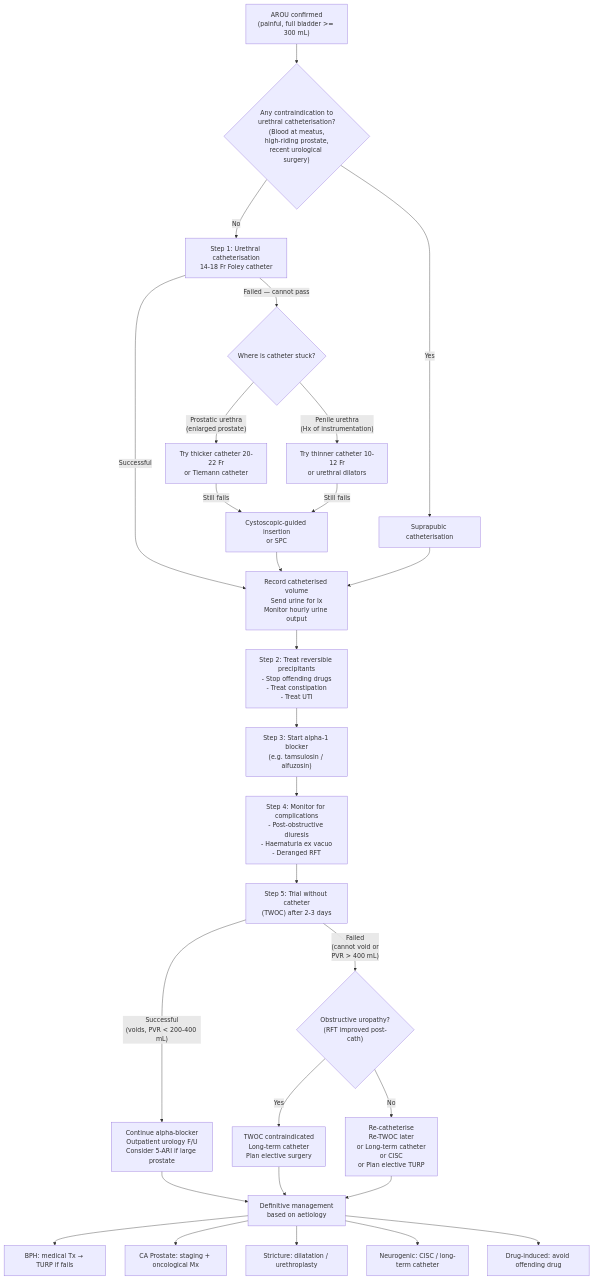
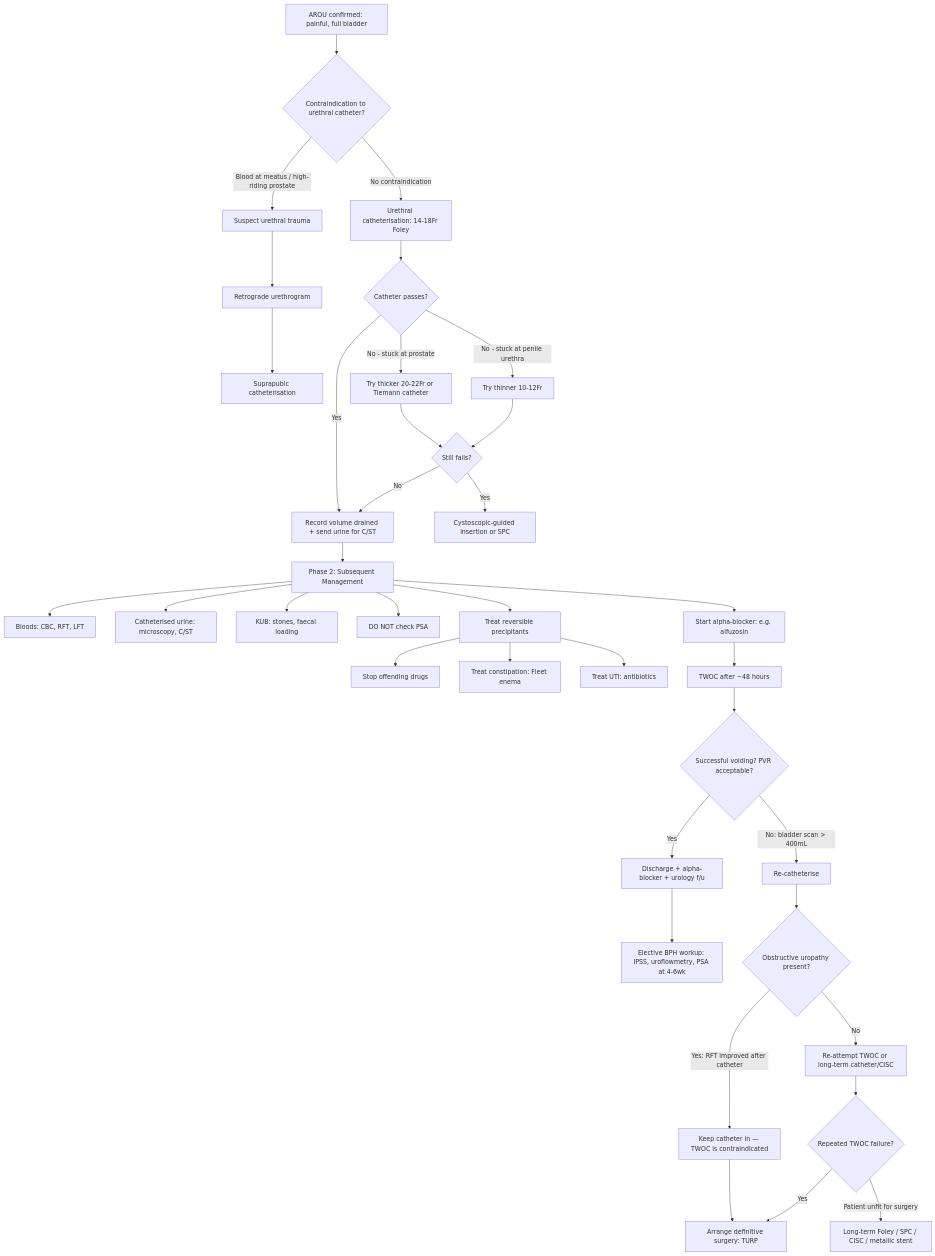
The first of 2 diagrams in content/fragments/general-surgery/acute-retention-of-urine/mx.mdx (techjason/mbbspedia), drawn with Mermaid before and after one commit. The commit also changed other lines of this file and 61 other files, not shown here.

````diff
--- a/content/fragments/general-surgery/acute-retention-of-urine/mx.mdx
+++ b/content/fragments/general-surgery/acute-retention-of-urine/mx.mdx
@@ -9,30 +318,43 @@
 ```mermaid
-flowchart TD
-    A["AROU confirmed\n(painful, full bladder >= 300 mL)"] --> B{"Any contraindication to\nurethral catheterisation?\n(Blood at meatus,\nhigh-riding prostate,\nrecent urological surgery)"}
-    B -- "No" --> C["Step 1: Urethral catheterisation\n14-18 Fr Foley catheter"]
-    B -- "Yes" --> D["Suprapubic catheterisation"]
-    C -- "Successful" --> E["Record catheterised volume\nSend urine for Ix\nMonitor hourly urine output"]
-    C -- "Failed — cannot pass" --> F{"Where is catheter stuck?"}
-    F -- "Prostatic urethra\n(enlarged prostate)" --> G["Try thicker catheter 20-22 Fr\nor Tiemann catheter"]
-    F -- "Penile urethra\n(Hx of instrumentation)" --> H["Try thinner catheter 10-12 Fr\nor urethral dilators"]
-    G -- "Still fails" --> I["Cystoscopic-guided insertion\nor SPC"]
-    H -- "Still fails" --> I
-    D --> E
-    I --> E
-    E --> J["Step 2: Treat reversible precipitants\n- Stop offending drugs\n- Treat constipation\n- Treat UTI"]
-    J --> K["Step 3: Start alpha-1 blocker\n(e.g. tamsulosin / alfuzosin)"]
-    K --> L["Step 4: Monitor for complications\n- Post-obstructive diuresis\n- Haematuria ex vacuo\n- Deranged RFT"]
-    L --> M["Step 5: Trial without catheter\n(TWOC) after 2-3 days"]
-    M -- "Successful\n(voids, PVR < 200-400 mL)" --> N["Continue alpha-blocker\nOutpatient urology F/U\nConsider 5-ARI if large prostate"]
-    M -- "Failed\n(cannot void or\nPVR > 400 mL)" --> O{"Obstructive uropathy?\n(RFT improved post-cath)"}
-    O -- "Yes" --> P["TWOC contraindicated\nLong-term catheter\nPlan elective surgery"]
-    O -- "No" --> Q["Re-catheterise\nRe-TWOC later\nor Long-term catheter\nor CISC\nor Plan elective TURP"]
-    N --> R["Definitive management\nbased on aetiology"]
-    P --> R
-    Q --> R
-    R --> R1["BPH: medical Tx → TURP if fails"]
-    R --> R2["CA Prostate: staging + oncological Mx"]
-    R --> R3["Stricture: dilatation / urethroplasty"]
-    R --> R4["Neurogenic: CISC / long-term catheter"]
-    R --> R5["Drug-induced: avoid offending drug"]
+graph TD
+    A["AROU confirmed: painful, full bladder"] --> B{"Contraindication to urethral catheter?"}
+    B -->|"Blood at meatus / high-riding prostate"| C["Suspect urethral trauma"]
+    C --> C1["Retrograde urethrogram"]
+    C1 --> C2["Suprapubic catheterisation"]
+    
+    B -->|"No contraindication"| D["Urethral catheterisation: 14-18Fr Foley"]
+    D --> E{"Catheter passes?"}
+    E -->|"Yes"| F["Record volume drained + send urine for C/ST"]
+    E -->|"No - stuck at prostate"| G["Try thicker 20-22Fr or Tiemann catheter"]
+    E -->|"No - stuck at penile urethra"| H["Try thinner 10-12Fr"]
+    G --> I{"Still fails?"}
+    H --> I
+    I -->|"Yes"| J["Cystoscopic-guided insertion or SPC"]
+    I -->|"No"| F
+    
+    F --> K["Phase 2: Subsequent Management"]
+    K --> K1["Bloods: CBC, RFT, LFT"]
+    K --> K2["Catheterised urine: microscopy, C/ST"]
+    K --> K3["KUB: stones, faecal loading"]
+    K --> K4["DO NOT check PSA"]
+    
+    K --> L["Treat reversible precipitants"]
+    L --> L1["Stop offending drugs"]
+    L --> L2["Treat constipation: Fleet enema"]
+    L --> L3["Treat UTI: antibiotics"]
+    
+    K --> M["Start alpha-blocker: e.g. alfuzosin"]
+    
+    M --> N["TWOC after ~48 hours"]
+    N --> O{"Successful voiding? PVR acceptable?"}
+    O -->|"Yes"| P["Discharge + alpha-blocker + urology f/u"]
+    P --> P1["Elective BPH workup: IPSS, uroflowmetry, PSA at 4-6wk"]
+    O -->|"No: bladder scan > 400mL"| Q["Re-catheterise"]
+    Q --> R{"Obstructive uropathy present?"}
+    R -->|"Yes: RFT improved after catheter"| S["Keep catheter in — TWOC is contraindicated"]
+    S --> T["Arrange definitive surgery: TURP"]
+    R -->|"No"| U["Re-attempt TWOC or long-term catheter/CISC"]
+    U --> V{"Repeated TWOC failure?"}
+    V -->|"Yes"| T
+    V -->|"Patient unfit for surgery"| W["Long-term Foley / SPC / CISC / metallic stent"]
 ```
````
